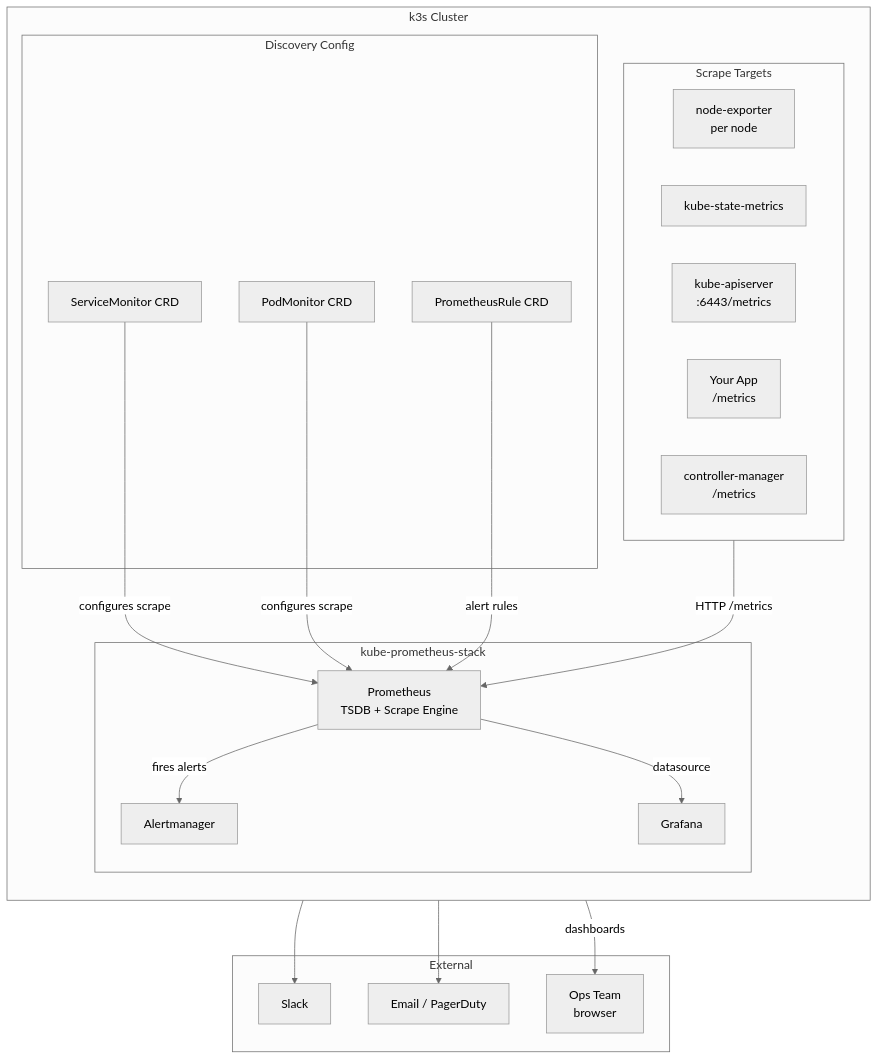
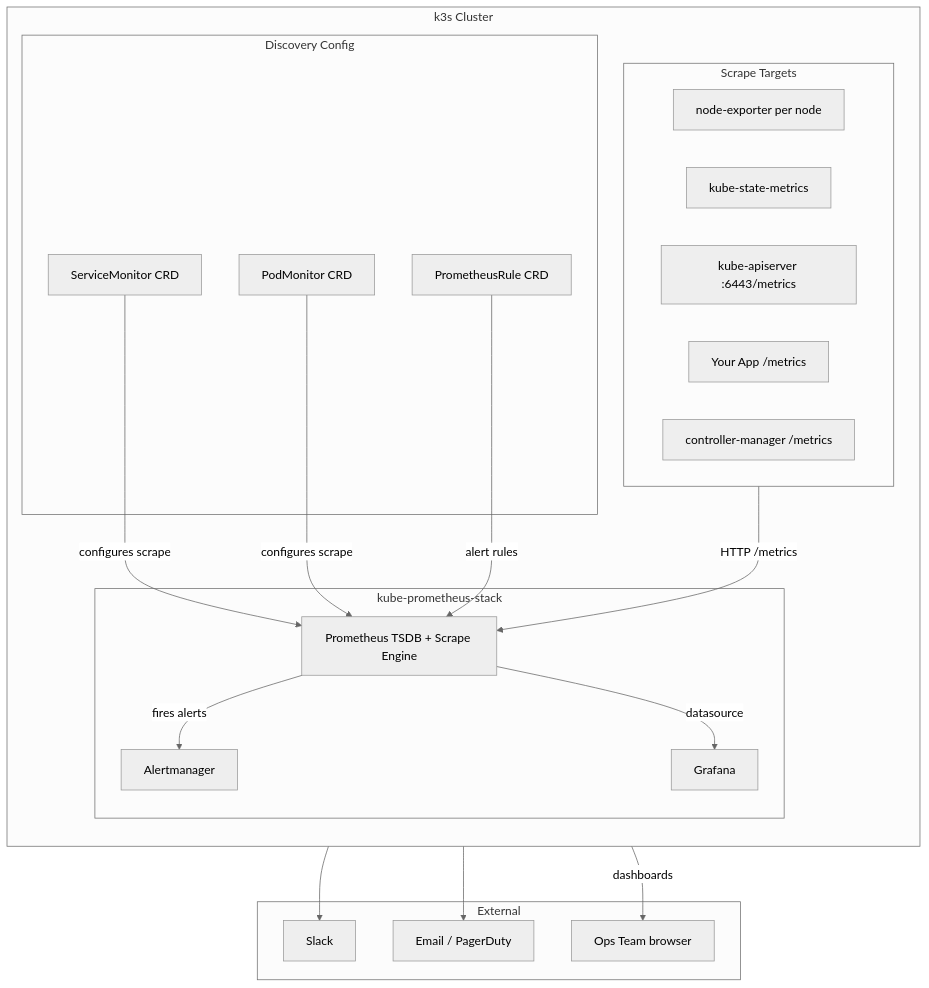
The diagram in 10_monitoring/01_prometheus_stack.md (UncleJS/course_k3s), drawn with Mermaid (neutral theme) before and after one commit. The commit also changed 57 other files, not shown here.

````diff
--- a/10_monitoring/01_prometheus_stack.md
+++ b/10_monitoring/01_prometheus_stack.md
@@ -30,43 +30,43 @@
 ```mermaid
 flowchart TD
     subgraph Cluster["k3s Cluster"]
         direction TB
 
         subgraph Targets["Scrape Targets"]
-            NE[node-exporter\nper node]
+            NE[node-exporter per node]
             KSM[kube-state-metrics]
-            API[kube-apiserver\n:6443/metrics]
-            APP[Your App\n/metrics]
-            CM[controller-manager\n/metrics]
+            API[kube-apiserver :6443/metrics]
+            APP[Your App /metrics]
+            CM[controller-manager /metrics]
         end
 
         subgraph Stack["kube-prometheus-stack"]
-            PROM[Prometheus\nTSDB + Scrape Engine]
+            PROM[Prometheus TSDB + Scrape Engine]
             AM[Alertmanager]
             GF[Grafana]
         end
 
         subgraph Config["Discovery Config"]
             SM[ServiceMonitor CRD]
             PM[PodMonitor CRD]
             PR[PrometheusRule CRD]
         end
 
         Targets -->|HTTP /metrics| PROM
         SM -->|configures scrape| PROM
         PM -->|configures scrape| PROM
         PR -->|alert rules| PROM
         PROM -->|fires alerts| AM
         PROM -->|datasource| GF
     end
 
     subgraph External["External"]
         SLACK[Slack]
         EMAIL[Email / PagerDuty]
-        USER[Ops Team\nbrowser]
+        USER[Ops Team browser]
     end
 
     AM --> SLACK
     AM --> EMAIL
     GF -->|dashboards| USER
 ```
````
